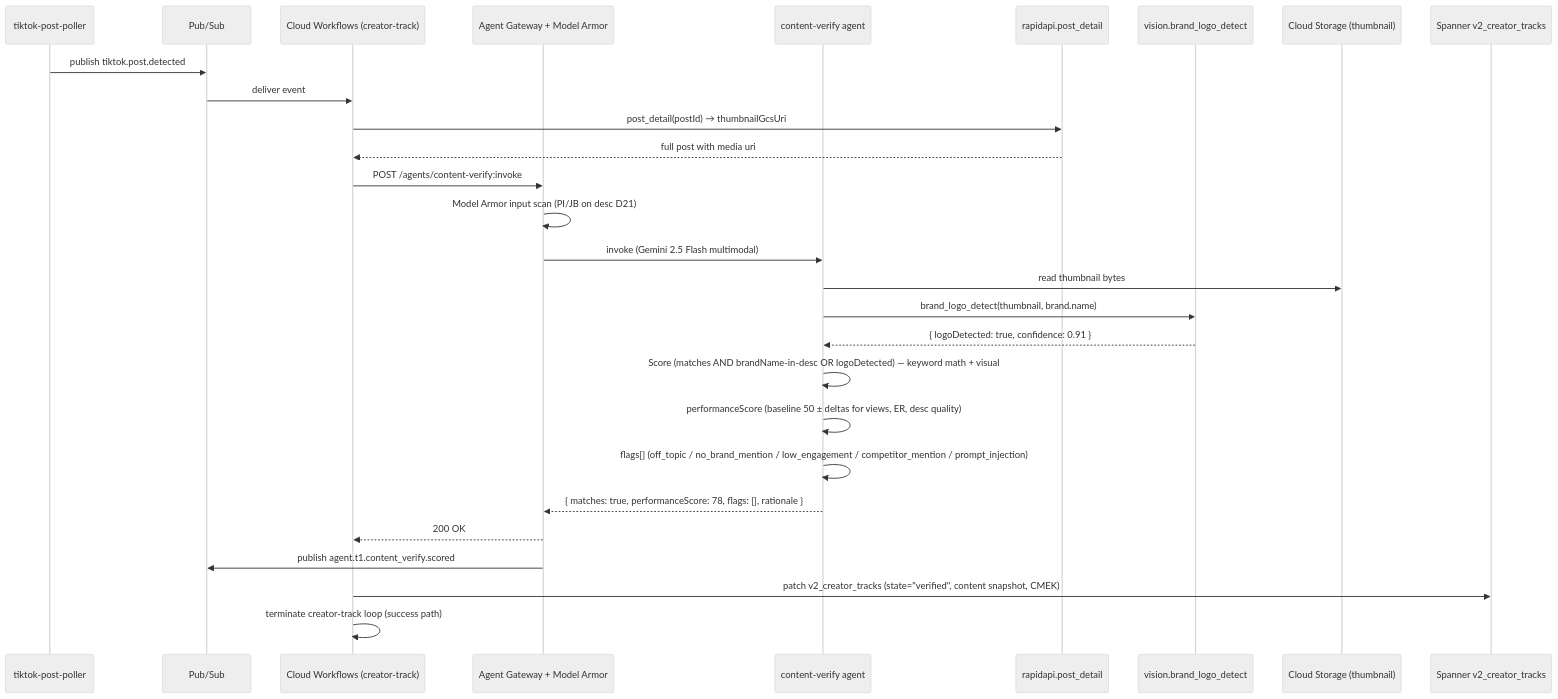
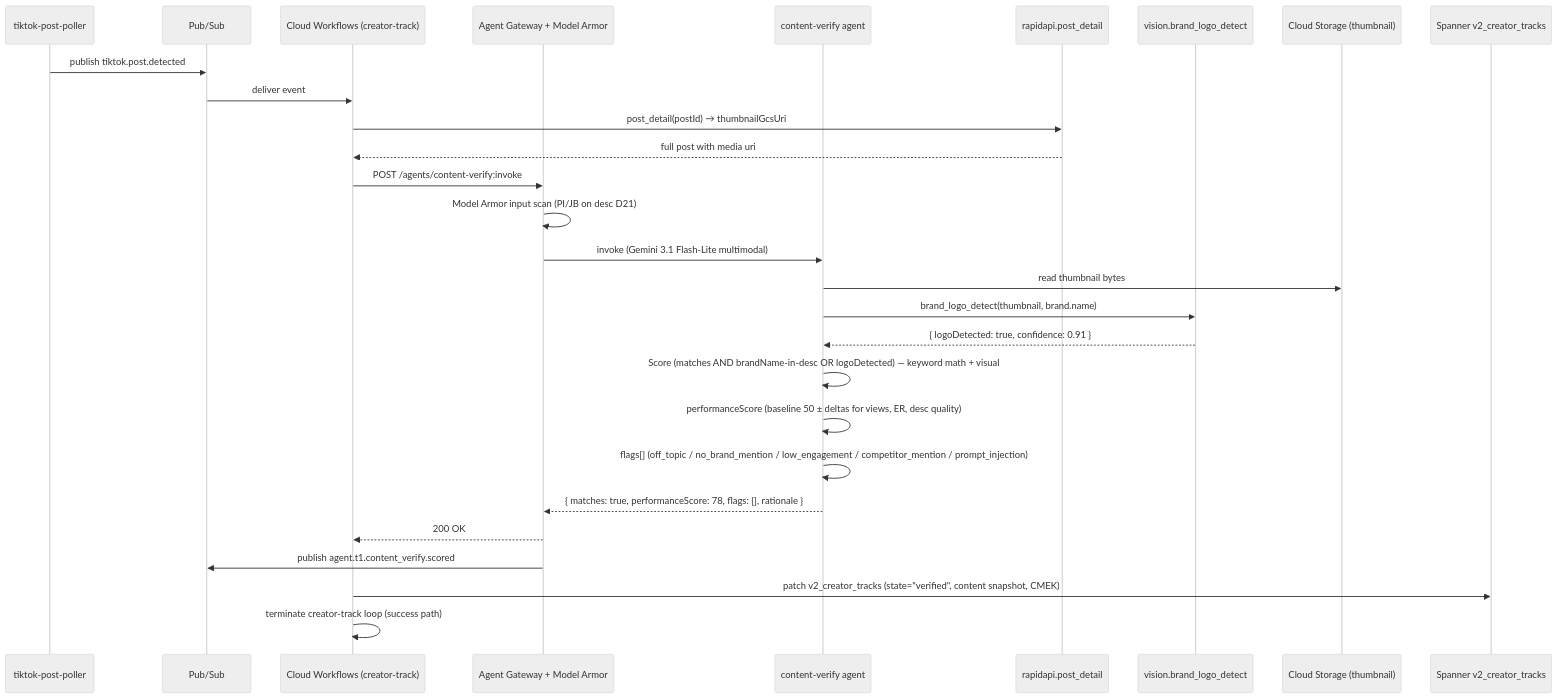
Before and after one commit to Two-Weeks-Team/social-seeding-v2-public: the diagram in gcp-research/specs/tier1/content_verify.spec.md, drawn with Mermaid (neutral theme). The commit also changed other lines of this file and 30 other files, not shown here.

````diff
--- a/gcp-research/specs/tier1/content_verify.spec.md
+++ b/gcp-research/specs/tier1/content_verify.spec.md
@@ -158,31 +158,31 @@
 ```mermaid
 sequenceDiagram
   participant PL as tiktok-post-poller
   participant PS as Pub/Sub
   participant WF as Cloud Workflows (creator-track)
   participant AG as Agent Gateway + Model Armor
   participant CV as content-verify agent
   participant RP as rapidapi.post_detail
   participant VL as vision.brand_logo_detect
   participant GS as Cloud Storage (thumbnail)
   participant SP as Spanner v2_creator_tracks
 
   PL->>PS: publish tiktok.post.detected
   PS->>WF: deliver event
   WF->>RP: post_detail(postId) → thumbnailGcsUri
   RP-->>WF: full post with media uri
   WF->>AG: POST /agents/content-verify:invoke
   AG->>AG: Model Armor input scan (PI/JB on desc D21)
-  AG->>CV: invoke (Gemini 2.5 Flash multimodal)
+  AG->>CV: invoke (Gemini 3.1 Flash-Lite multimodal)
   CV->>GS: read thumbnail bytes
   CV->>VL: brand_logo_detect(thumbnail, brand.name)
   VL-->>CV: { logoDetected: true, confidence: 0.91 }
   CV->>CV: Score (matches AND brandName-in-desc OR logoDetected) — keyword math + visual
   CV->>CV: performanceScore (baseline 50 ± deltas for views, ER, desc quality)
   CV->>CV: flags[] (off_topic / no_brand_mention / low_engagement / competitor_mention / prompt_injection)
   CV-->>AG: { matches: true, performanceScore: 78, flags: [], rationale }
   AG-->>WF: 200 OK
   AG->>PS: publish agent.t1.content_verify.scored
   WF->>SP: patch v2_creator_tracks (state="verified", content snapshot, CMEK)
   WF->>WF: terminate creator-track loop (success path)
 ```
````
